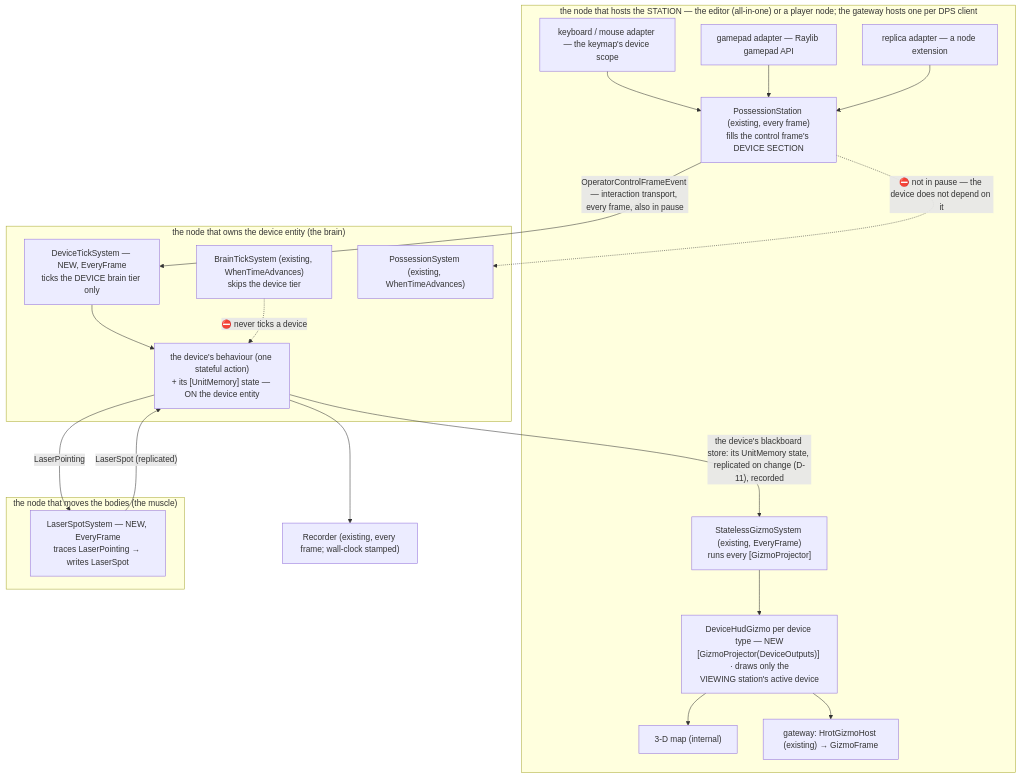
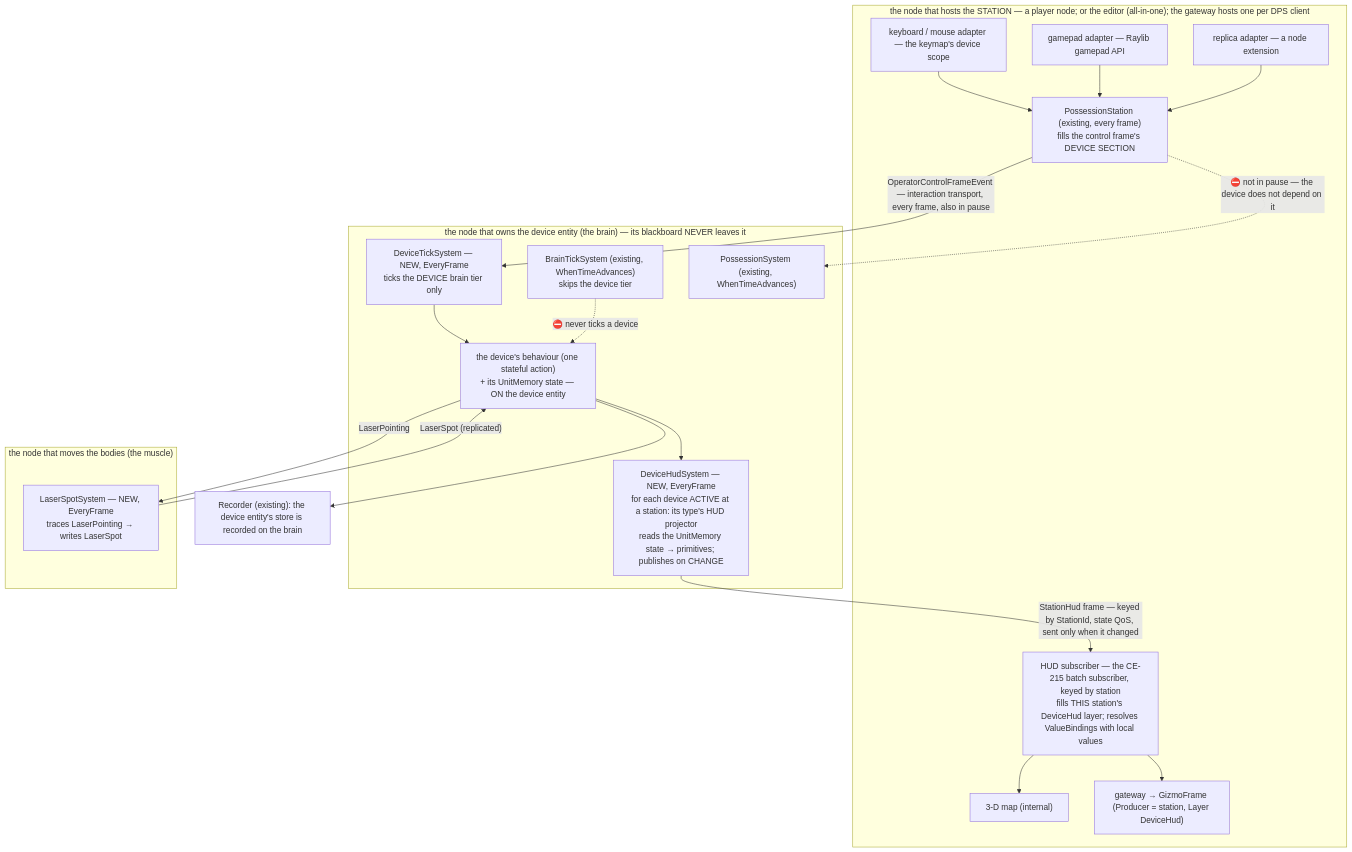
One commit to pjanec/HROT changed the first of 6 diagrams in docs/designs/devices/DESIGN_Simulated_Devices.md. Above: the diagram before and after it, drawn with Mermaid. The commit also changed other lines of this file, not shown here.

First line of the commit message:
devices design rev 6 (§3j): the HUD drawn on the brain from UnitMemory, shipped as a station-keyed frame on change; the blackboard never replicated; ValueBinding back; diagrams redrawn

````diff
--- a/docs/designs/devices/DESIGN_Simulated_Devices.md
+++ b/docs/designs/devices/DESIGN_Simulated_Devices.md
@@ -71,37 +71,37 @@
 ```mermaid
 graph TD
-  subgraph STATION["the node that hosts the STATION — the editor (all-in-one) or a player node; the gateway hosts one per DPS client"]
+  subgraph STATION["the node that hosts the STATION — a player node; or the editor (all-in-one); the gateway hosts one per DPS client"]
     KM["keyboard / mouse adapter — the keymap's device scope"]
     PAD["gamepad adapter — Raylib gamepad API"]
     REP["replica adapter — a node extension"]
     PS["PossessionStation (existing, every frame)<br/>fills the control frame's DEVICE SECTION"]
-    SGS["StatelessGizmoSystem (existing, EveryFrame)<br/>runs every [GizmoProjector]"]
-    HUDP["DeviceHudGizmo per device type — NEW<br/>[GizmoProjector(DeviceOutputs)] · draws only the<br/>VIEWING station's active device"]
+    SUB["HUD subscriber — the CE-215 batch subscriber, keyed by station<br/>fills THIS station's DeviceHud layer; resolves ValueBindings with local values"]
     MAP["3-D map (internal)"]
-    GW["gateway: HrotGizmoHost (existing) → GizmoFrame"]
+    GW["gateway → GizmoFrame (Producer = station, Layer DeviceHud)"]
   end
-  subgraph BRAIN["the node that owns the device entity (the brain)"]
+  subgraph BRAIN["the node that owns the device entity (the brain) — its blackboard NEVER leaves it"]
     DTS["DeviceTickSystem — NEW, EveryFrame<br/>ticks the DEVICE brain tier only"]
-    DB["the device's behaviour (one stateful action)<br/>+ its [UnitMemory] state — ON the device entity"]
+    DB["the device's behaviour (one stateful action)<br/>+ its UnitMemory state — ON the device entity"]
+    HUDS["DeviceHudSystem — NEW, EveryFrame<br/>for each device ACTIVE at a station: its type's HUD projector<br/>reads the UnitMemory state → primitives; publishes on CHANGE"]
     BTS["BrainTickSystem (existing, WhenTimeAdvances)<br/>skips the device tier"]
     POS["PossessionSystem (existing, WhenTimeAdvances)"]
   end
   subgraph MUSCLE["the node that moves the bodies (the muscle)"]
     LSS["LaserSpotSystem — NEW, EveryFrame<br/>traces LaserPointing → writes LaserSpot"]
   end
-  REC["Recorder (existing, every frame; wall-clock stamped)"]
+  REC["Recorder (existing): the device entity's store is recorded on the brain"]
   KM --> PS
   PAD --> PS
   REP --> PS
   PS -->|"OperatorControlFrameEvent — interaction transport, every frame, also in pause"| DTS
   DTS --> DB
-  DB -->|"the device's blackboard store: its UnitMemory state, replicated on change (D-11), recorded"| SGS
+  DB --> HUDS
+  HUDS -->|"StationHud frame — keyed by StationId, state QoS, sent only when it changed"| SUB
+  SUB --> MAP
+  SUB --> GW
   DB -->|"LaserPointing"| LSS
   LSS -->|"LaserSpot (replicated)"| DB
-  SGS --> HUDP
-  HUDP --> MAP
-  HUDP --> GW
   DB --> REC
   PS -.->|"⛔ not in pause — the device does not depend on it"| POS
   BTS -.->|"⛔ never ticks a device"| DB
 ```
````
